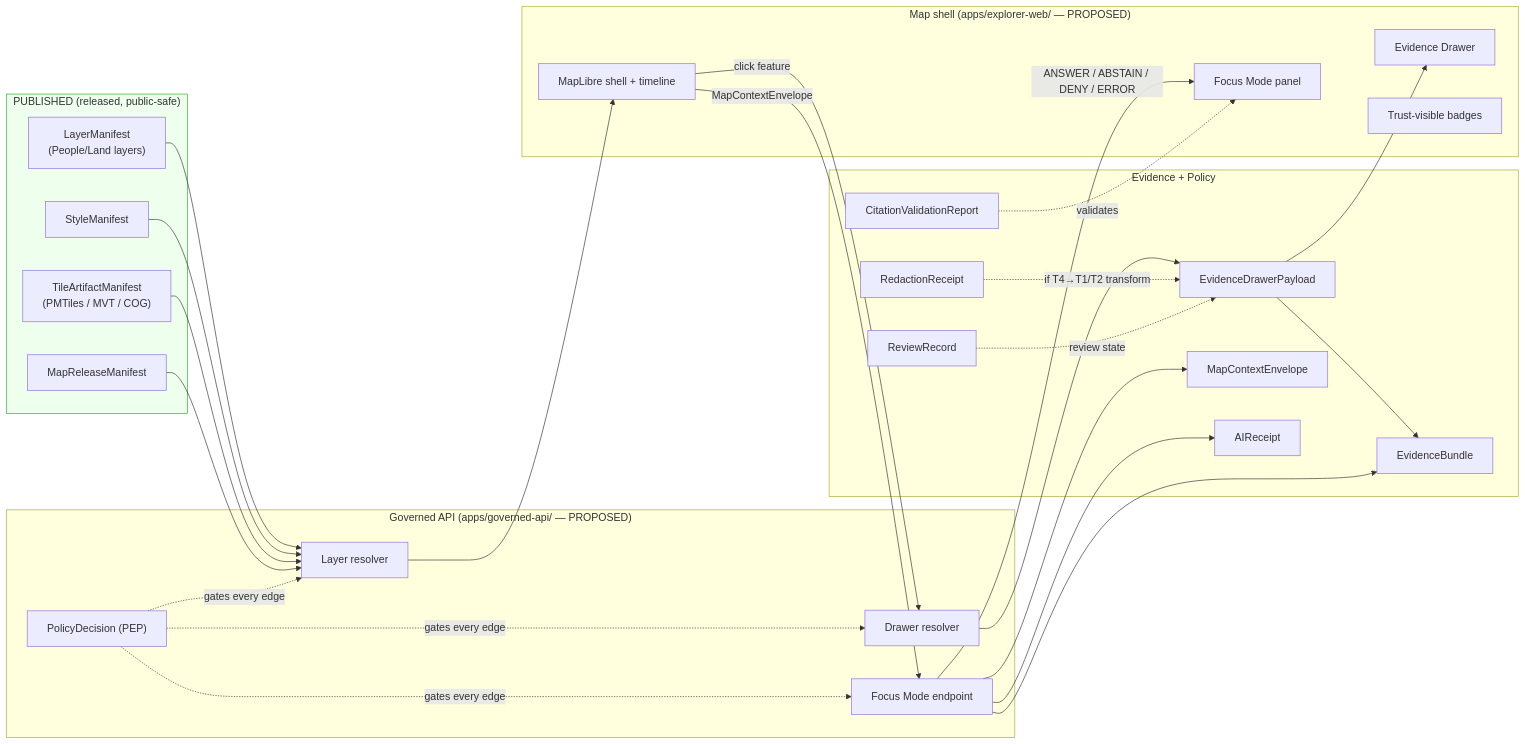
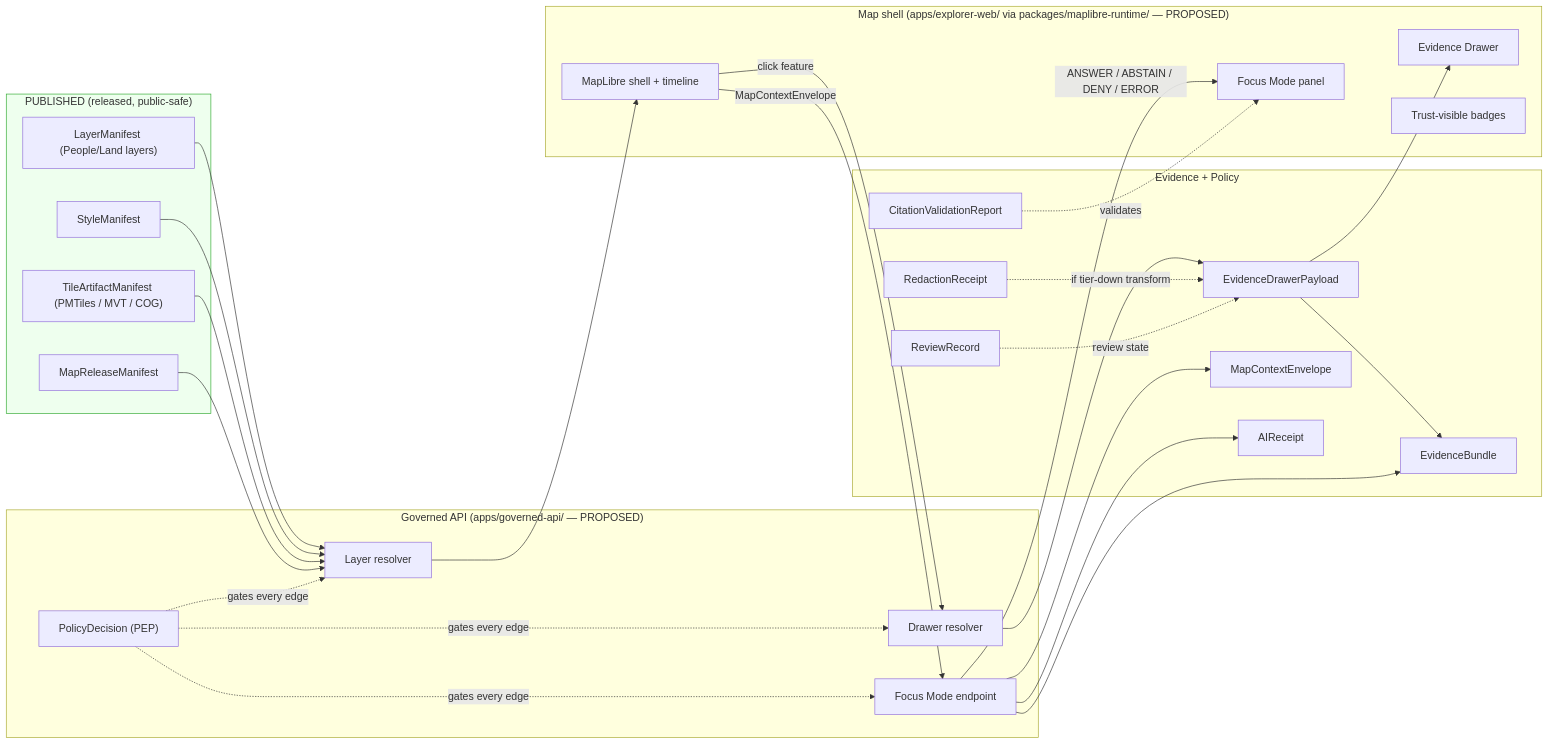
One commit to bartytime4life/Kansas-Frontier-Matrix changed the first of 2 diagrams in docs/domains/people-dna-land/MAP_UI_CONTRACTS.md. Above: the diagram before and after it, drawn with Mermaid. The commit also changed other lines of this file, not shown here.

````diff
--- a/docs/domains/people-dna-land/MAP_UI_CONTRACTS.md
+++ b/docs/domains/people-dna-land/MAP_UI_CONTRACTS.md
@@ -85,59 +100,58 @@
 ```mermaid
 flowchart LR
   subgraph PUB["PUBLISHED (released, public-safe)"]
-    LM["LayerManifest<br/>(People/Land layers)"]
+    LM["LayerManifest (People/Land layers)"]
     SM["StyleManifest"]
-    TA["TileArtifactManifest<br/>(PMTiles / MVT / COG)"]
+    TA["TileArtifactManifest (PMTiles / MVT / COG)"]
     MR["MapReleaseManifest"]
   end
 
   subgraph GAPI["Governed API (apps/governed-api/ — PROPOSED)"]
     LR["Layer resolver"]
     DR["Drawer resolver"]
     FM["Focus Mode endpoint"]
     PEP["PolicyDecision (PEP)"]
   end
 
-  subgraph UI["Map shell (apps/explorer-web/ — PROPOSED)"]
+  subgraph UIShell["Map shell (apps/explorer-web/ via packages/maplibre-runtime/ — PROPOSED)"]
     Shell["MapLibre shell + timeline"]
     Drawer["Evidence Drawer"]
     Focus["Focus Mode panel"]
     Badges["Trust-visible badges"]
   end
 
   subgraph EV["Evidence + Policy"]
     EB["EvidenceBundle"]
     EDP["EvidenceDrawerPayload"]
     MCE["MapContextEnvelope"]
     AIR["AIReceipt"]
     CVR["CitationValidationReport"]
     RR["RedactionReceipt"]
     RVR["ReviewRecord"]
   end
 
   LM --> LR --> Shell
   SM --> LR
   TA --> LR
   MR --> LR
 
   Shell -- "click feature" --> DR
   DR --> EDP --> Drawer
   EDP --> EB
 
   Shell -- "MapContextEnvelope" --> FM
   FM --> MCE
   FM --> EB
   FM --> AIR
   FM -- "ANSWER / ABSTAIN / DENY / ERROR" --> Focus
   CVR -. "validates" .-> Focus
 
   PEP -. "gates every edge" .-> LR
   PEP -. "gates every edge" .-> DR
   PEP -. "gates every edge" .-> FM
-  RR -. "if T4→T1/T2 transform" .-> EDP
+  RR -. "if tier-down transform" .-> EDP
   RVR -. "review state" .-> EDP
 
-  classDef raw fill:#fee,stroke:#a33;
   classDef pub fill:#efe,stroke:#3a3;
   class PUB pub;
 ```
````
